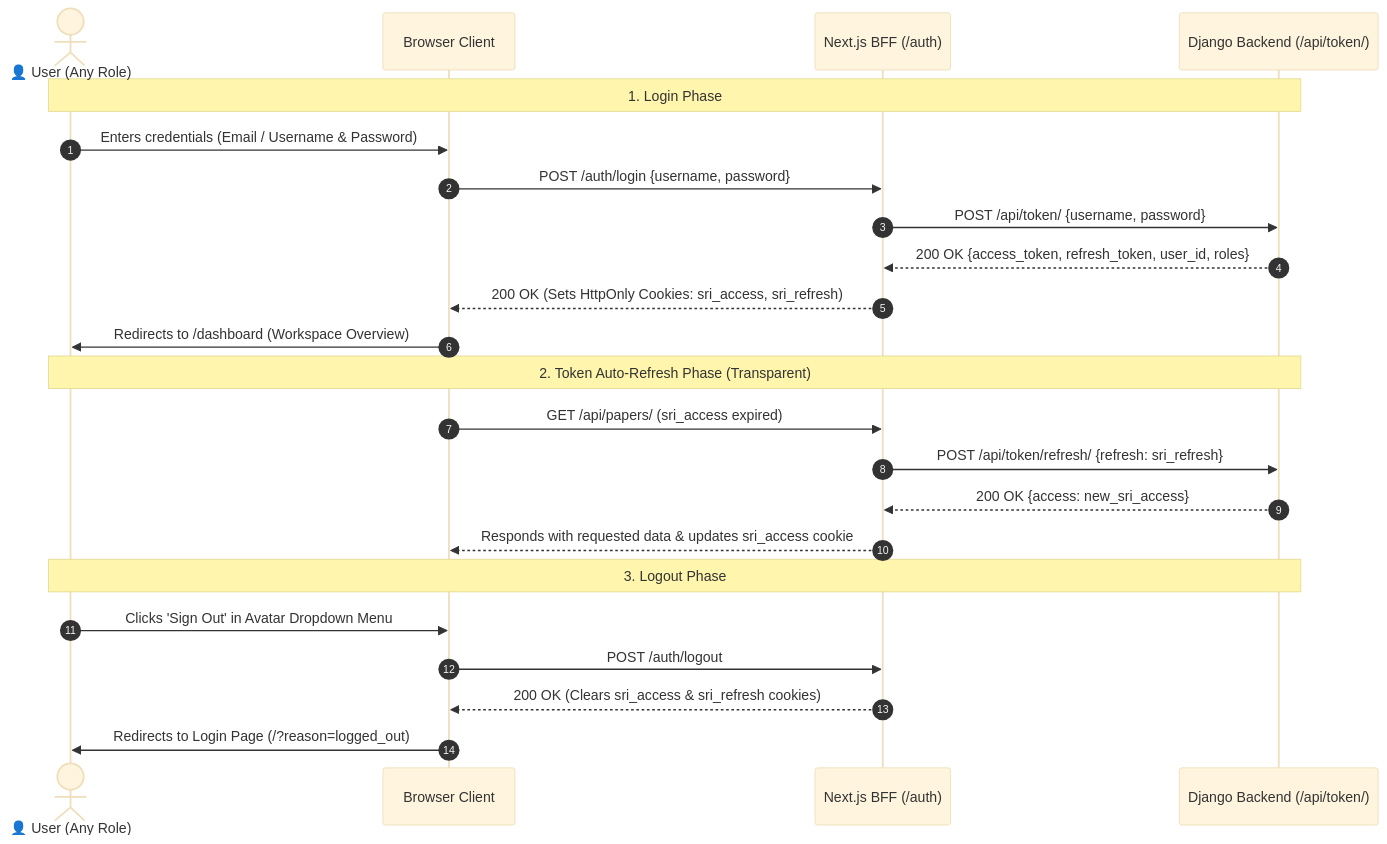
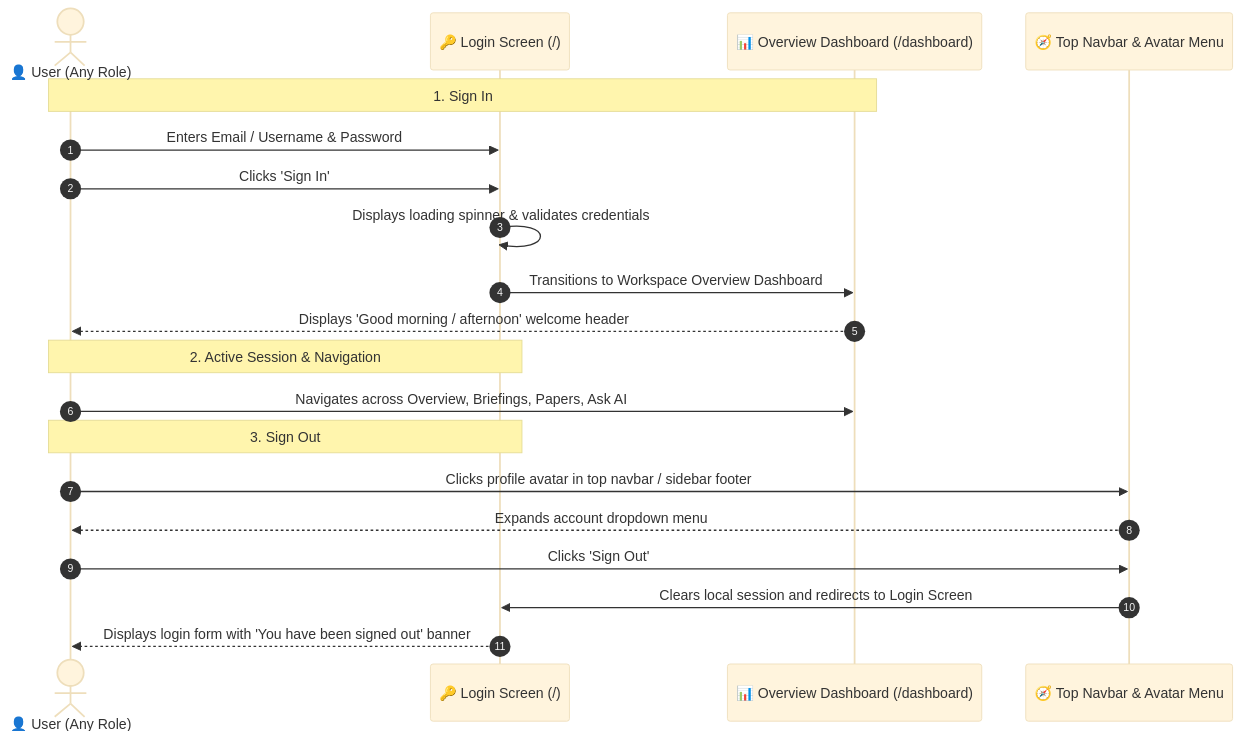
The fourth of 5 diagrams in docs/user_journeys/stage_2_user_journeys.md (p4ku/research-intelligence), drawn with Mermaid (base theme) before and after one commit. The commit also changed other lines of this file, not shown here.

Commit message:
docs: refine user journeys to be strictly frontend-centric (User <-> UI screens & state transitions)

````diff
--- a/docs/user_journeys/stage_2_user_journeys.md
+++ b/docs/user_journeys/stage_2_user_journeys.md
@@ -230,28 +237,25 @@
 ```mermaid
 sequenceDiagram
     autonumber
     actor User as 👤 User (Any Role)
-    participant Browser as Browser Client
-    participant NextBFF as Next.js BFF (/auth)
-    participant DjangoAPI as Django Backend (/api/token/)
+    participant LoginScreen as 🔑 Login Screen (/)
+    participant Dashboard as 📊 Overview Dashboard (/dashboard)
+    participant AvatarMenu as 🧭 Top Navbar & Avatar Menu
 
-    Note over User,DjangoAPI: 1. Login Phase
-    User->>Browser: Enters credentials (Email / Username & Password)
-    Browser->>NextBFF: POST /auth/login {username, password}
-    NextBFF->>DjangoAPI: POST /api/token/ {username, password}
-    DjangoAPI-->>NextBFF: 200 OK {access_token, refresh_token, user_id, roles}
-    NextBFF-->>Browser: 200 OK (Sets HttpOnly Cookies: sri_access, sri_refresh)
-    Browser->>User: Redirects to /dashboard (Workspace Overview)
+    Note over User,Dashboard: 1. Sign In
+    User->>LoginScreen: Enters Email / Username & Password
+    User->>LoginScreen: Clicks 'Sign In'
+    LoginScreen->>LoginScreen: Displays loading spinner & validates credentials
+    LoginScreen->>Dashboard: Transitions to Workspace Overview Dashboard
+    Dashboard-->>User: Displays 'Good morning / afternoon' welcome header
 
-    Note over User,DjangoAPI: 2. Token Auto-Refresh Phase (Transparent)
-    Browser->>NextBFF: GET /api/papers/ (sri_access expired)
-    NextBFF->>DjangoAPI: POST /api/token/refresh/ {refresh: sri_refresh}
-    DjangoAPI-->>NextBFF: 200 OK {access: new_sri_access}
-    NextBFF-->>Browser: Responds with requested data & updates sri_access cookie
+    Note over User,LoginScreen: 2. Active Session & Navigation
+    User->>Dashboard: Navigates across Overview, Briefings, Papers, Ask AI
 
-    Note over User,DjangoAPI: 3. Logout Phase
-    User->>Browser: Clicks 'Sign Out' in Avatar Dropdown Menu
-    Browser->>NextBFF: POST /auth/logout
-    NextBFF-->>Browser: 200 OK (Clears sri_access & sri_refresh cookies)
-    Browser->>User: Redirects to Login Page (/?reason=logged_out)
+    Note over User,LoginScreen: 3. Sign Out
+    User->>AvatarMenu: Clicks profile avatar in top navbar / sidebar footer
+    AvatarMenu-->>User: Expands account dropdown menu
+    User->>AvatarMenu: Clicks 'Sign Out'
+    AvatarMenu->>LoginScreen: Clears local session and redirects to Login Screen
+    LoginScreen-->>User: Displays login form with 'You have been signed out' banner
 ```
````
